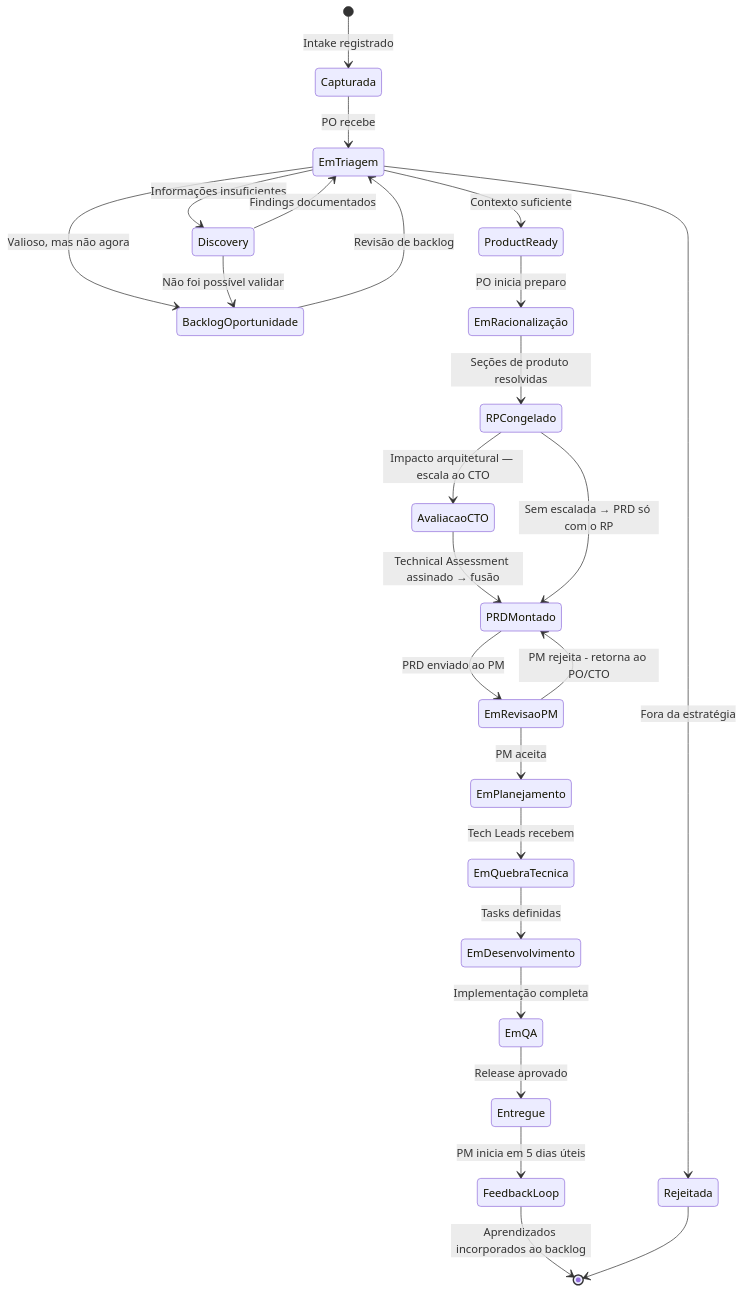
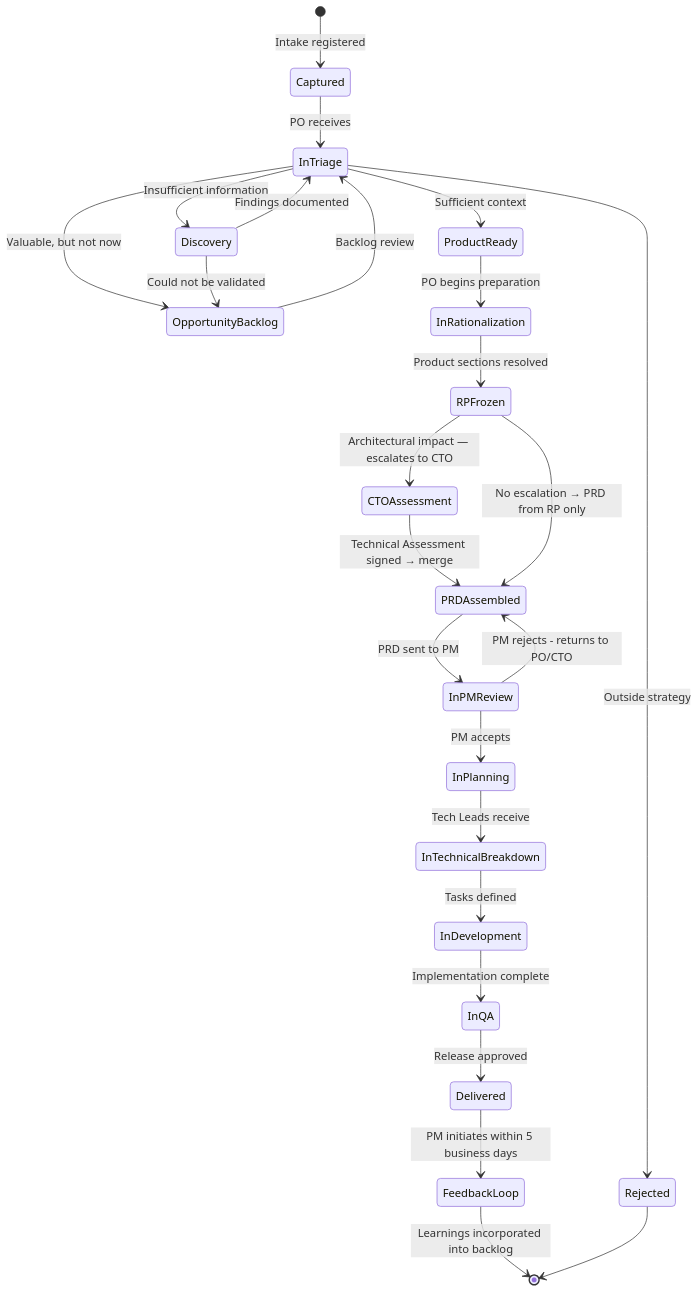
One commit to hugo-hsbtech/teamwork-process changed the ninth of 11 diagrams in README.md. Above: the diagram before and after it, drawn with Mermaid. The commit also changed other lines of this file and 63 other files, not shown here.

````diff
--- a/README.md
+++ b/README.md
@@ -435,36 +435,36 @@
 ```mermaid
 stateDiagram-v2
-    [*] --> Capturada : Intake registrado
+    [*] --> Captured : Intake registered
 
-    Capturada --> EmTriagem : PO recebe
+    Captured --> InTriage : PO receives
 
-    EmTriagem --> Rejeitada : Fora da estratégia
-    EmTriagem --> BacklogOportunidade : Valioso, mas não agora
-    EmTriagem --> Discovery : Informações insuficientes
-    EmTriagem --> ProductReady : Contexto suficiente
+    InTriage --> Rejected : Outside strategy
+    InTriage --> OpportunityBacklog : Valuable, but not now
+    InTriage --> Discovery : Insufficient information
+    InTriage --> ProductReady : Sufficient context
 
-    Discovery --> EmTriagem : Findings documentados
-    Discovery --> BacklogOportunidade : Não foi possível validar
+    Discovery --> InTriage : Findings documented
+    Discovery --> OpportunityBacklog : Could not be validated
 
-    ProductReady --> EmRacionalização : PO inicia preparo
+    ProductReady --> InRationalization : PO begins preparation
 
-    EmRacionalização --> RPCongelado : Seções de produto resolvidas
-    RPCongelado --> AvaliacaoCTO : Impacto arquitetural — escala ao CTO
-    AvaliacaoCTO --> PRDMontado : Technical Assessment assinado → fusão
-    RPCongelado --> PRDMontado : Sem escalada → PRD só com o RP
+    InRationalization --> RPFrozen : Product sections resolved
+    RPFrozen --> CTOAssessment : Architectural impact — escalates to CTO
+    CTOAssessment --> PRDAssembled : Technical Assessment signed → merge
+    RPFrozen --> PRDAssembled : No escalation → PRD from RP only
 
-    PRDMontado --> EmRevisaoPM : PRD enviado ao PM
-    EmRevisaoPM --> PRDMontado : PM rejeita - retorna ao PO/CTO
-    EmRevisaoPM --> EmPlanejamento : PM aceita
+    PRDAssembled --> InPMReview : PRD sent to PM
+    InPMReview --> PRDAssembled : PM rejects - returns to PO/CTO
+    InPMReview --> InPlanning : PM accepts
 
-    EmPlanejamento --> EmQuebraTecnica : Tech Leads recebem
-    EmQuebraTecnica --> EmDesenvolvimento : Tasks definidas
-    EmDesenvolvimento --> EmQA : Implementação completa
-    EmQA --> Entregue : Release aprovado
+    InPlanning --> InTechnicalBreakdown : Tech Leads receive
+    InTechnicalBreakdown --> InDevelopment : Tasks defined
+    InDevelopment --> InQA : Implementation complete
+    InQA --> Delivered : Release approved
 
-    Entregue --> FeedbackLoop : PM inicia em 5 dias úteis
-    FeedbackLoop --> [*] : Aprendizados incorporados ao backlog
+    Delivered --> FeedbackLoop : PM initiates within 5 business days
+    FeedbackLoop --> [*] : Learnings incorporated into backlog
 
-    Rejeitada --> [*]
-    BacklogOportunidade --> EmTriagem : Revisão de backlog
+    Rejected --> [*]
+    OpportunityBacklog --> InTriage : Backlog review
 ```
````
